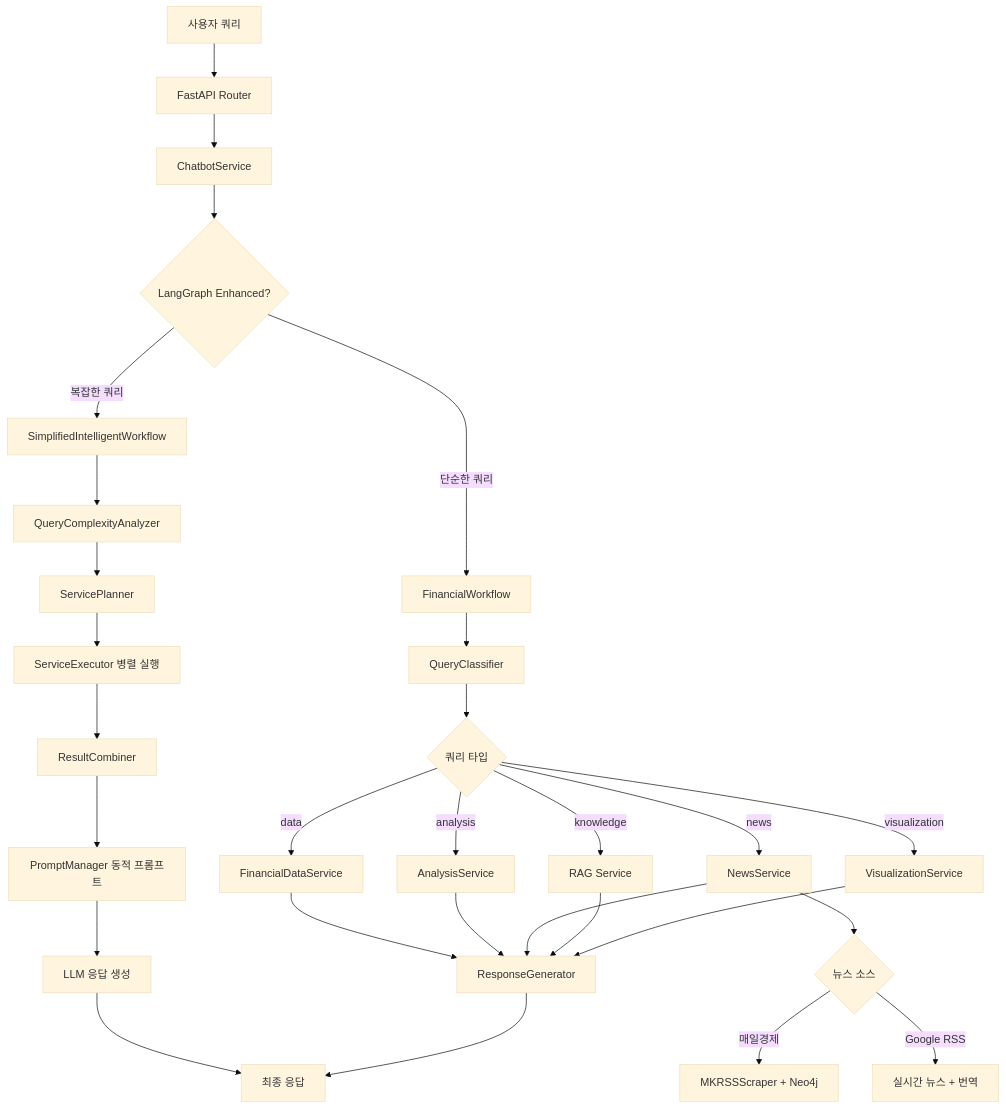
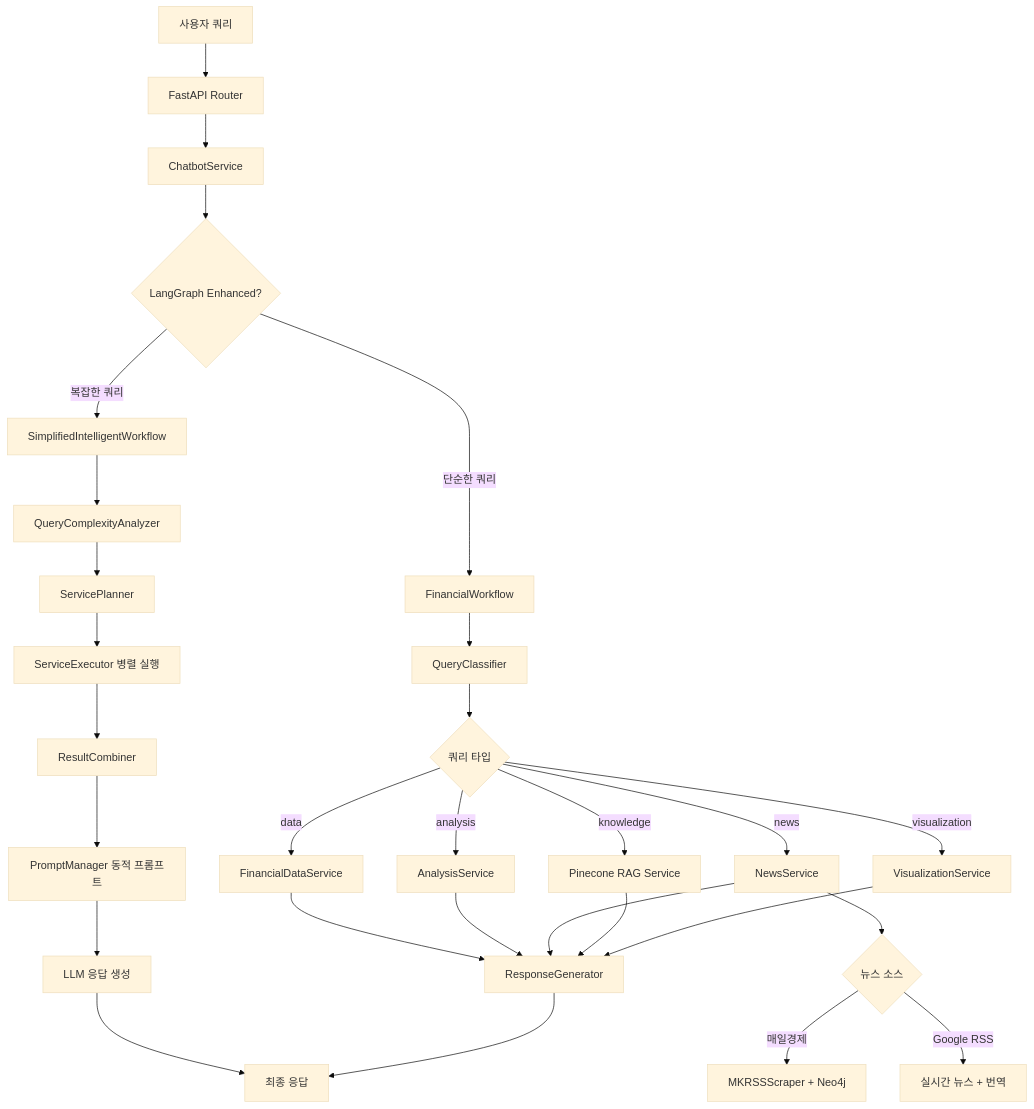
One commit to KE-WhyNot/BE-LLM changed the diagram in ARCHITECTURE.md. Above: the diagram before and after it, drawn with Mermaid (base theme). The commit also changed other lines of this file and 8 other files, not shown here.

````diff
--- a/ARCHITECTURE.md
+++ b/ARCHITECTURE.md
@@ -156,37 +157,37 @@
 ```mermaid
 graph TD
     A[사용자 쿼리] --> B[FastAPI Router]
     B --> C[ChatbotService]
     C --> D{LangGraph Enhanced?}
     
     D -->|복잡한 쿼리| E[SimplifiedIntelligentWorkflow]
     D -->|단순한 쿼리| F[FinancialWorkflow]
     
     E --> G[QueryComplexityAnalyzer]
     G --> H[ServicePlanner]
     H --> I[ServiceExecutor 병렬 실행]
     I --> J[ResultCombiner]
     J --> K[PromptManager 동적 프롬프트]
     K --> L[LLM 응답 생성]
     
     F --> M[QueryClassifier]
     M --> N{쿼리 타입}
     
     N -->|data| O[FinancialDataService]
     N -->|analysis| P[AnalysisService]
     N -->|news| Q[NewsService]
-    N -->|knowledge| R[RAG Service]
+    N -->|knowledge| R[Pinecone RAG Service]
     N -->|visualization| S[VisualizationService]
     
     Q --> T{뉴스 소스}
     T -->|매일경제| U[MKRSSScraper + Neo4j]
     T -->|Google RSS| V[실시간 뉴스 + 번역]
     
     L --> W[최종 응답]
     O --> X[ResponseGenerator]
     P --> X
     Q --> X
     R --> X
     S --> X
     X --> W
 ```
````
